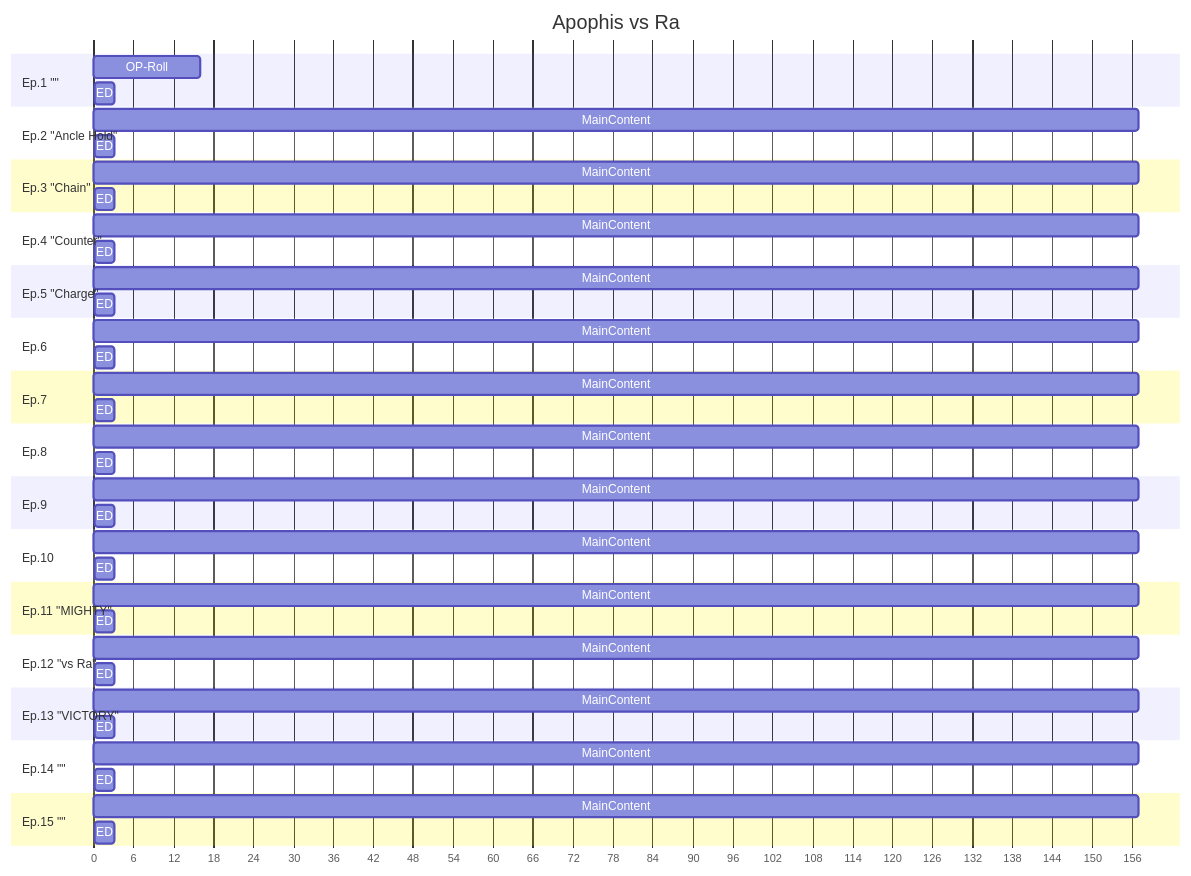
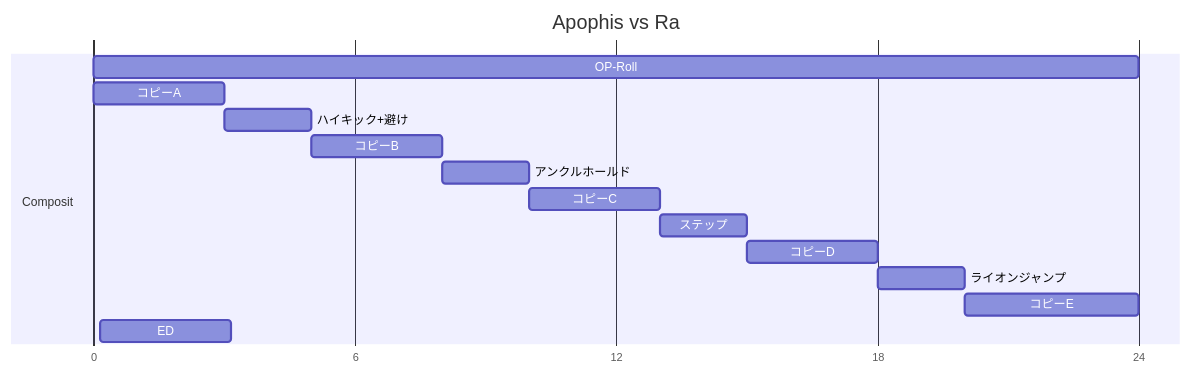
The first of 2 diagrams in README.md (4hoe8pow/Ancient), drawn with Mermaid before and after one commit. The commit also changed other lines of this file, not shown here.

````diff
--- a/README.md
+++ b/README.md
@@ -5,74 +5,26 @@
 ```mermaid
-
 gantt
     dateFormat  X
     axisFormat  %s
     tickInterval 6second
     title      Apophis vs Ra
     %% Unified to 97 seconds in total
 
     %% To avoid wasting time on titles like "Episode x: △△", use embedded objects in the opening scene for expression (it doesn't matter if it's unnoticed)
     %% ED === Next Episode Preview
 
-    section Ep.1 ""
-    OP-Roll :0, 16s
+    section Composit
+    OP-Roll :e0, 0, 24s
+    コピーA :e1, 0, 3s
+    ハイキック+避け :e2, after e1, 2s
+    コピーB : e3, after e2, 3s
+    アンクルホールド :e4, after e3, 2s
+    コピーC : e5, after e4, 3s
+    ステップ :e6, after e5, 2s
+    コピーD : e7, after e6, 3s
+    ライオンジャンプ :e8, after e7, 2s
+    コピーE : e9, after e8, 4s
     
     ED              :157, 3s
 
-    section Ep.2 "Ancle Hold"
-    MainContent     :a, 0, 157s
-    ED              :157, 3s
-
-    section Ep.3 "Chain"
-    MainContent     :a, 0, 157s
-    ED              :157, 3s
-
-    section Ep.4 "Counter"
-    MainContent     :a, 0, 157s
-    ED              :157, 3s
-
-    section Ep.5 "Charge"
-    MainContent     :a, 0, 157s
-    ED              :157, 3s
-
-    section Ep.6
-    MainContent     :a, 0, 157s
-    ED              :157, 3s
-
-    section Ep.7
-    MainContent     :a, 0, 157s
-    ED              :157, 3s
-
-    section Ep.8
-    MainContent     :a, 0, 157s
-    ED              :157, 3s
-
-    section Ep.9
-    MainContent     :a, 0, 157s
-    ED              :157, 3s
-
-    section Ep.10
-    MainContent     :a, 0, 157s
-    ED              :157, 3s
-
-    section Ep.11 "MIGHTY"
-    MainContent     :a, 0, 157s
-    ED              :157, 3s
-
-    section Ep.12 "vs Ra"
-    MainContent     :a, 0, 157s
-    ED              :157, 3s
-
-    section Ep.13 "VICTORY"
-    MainContent     :a, 0, 157s
-    ED              :157, 3s
-
-    section Ep.14 ""
-    MainContent     :a, 0, 157s
-    ED              :157, 3s
-
-    section Ep.15 ""
-    MainContent     :a, 0, 157s
-    ED              :157, 3s
-
 ```
````
